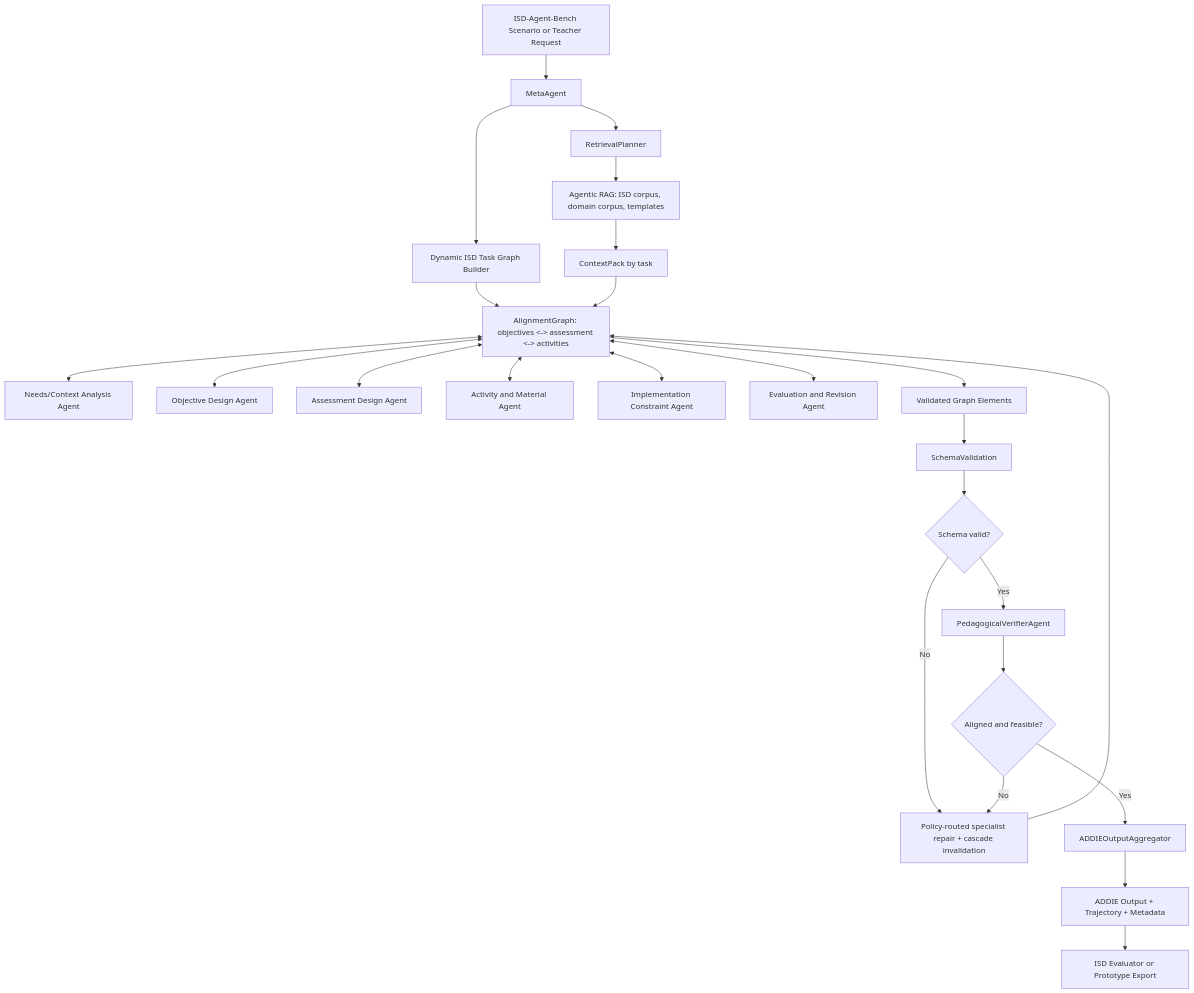
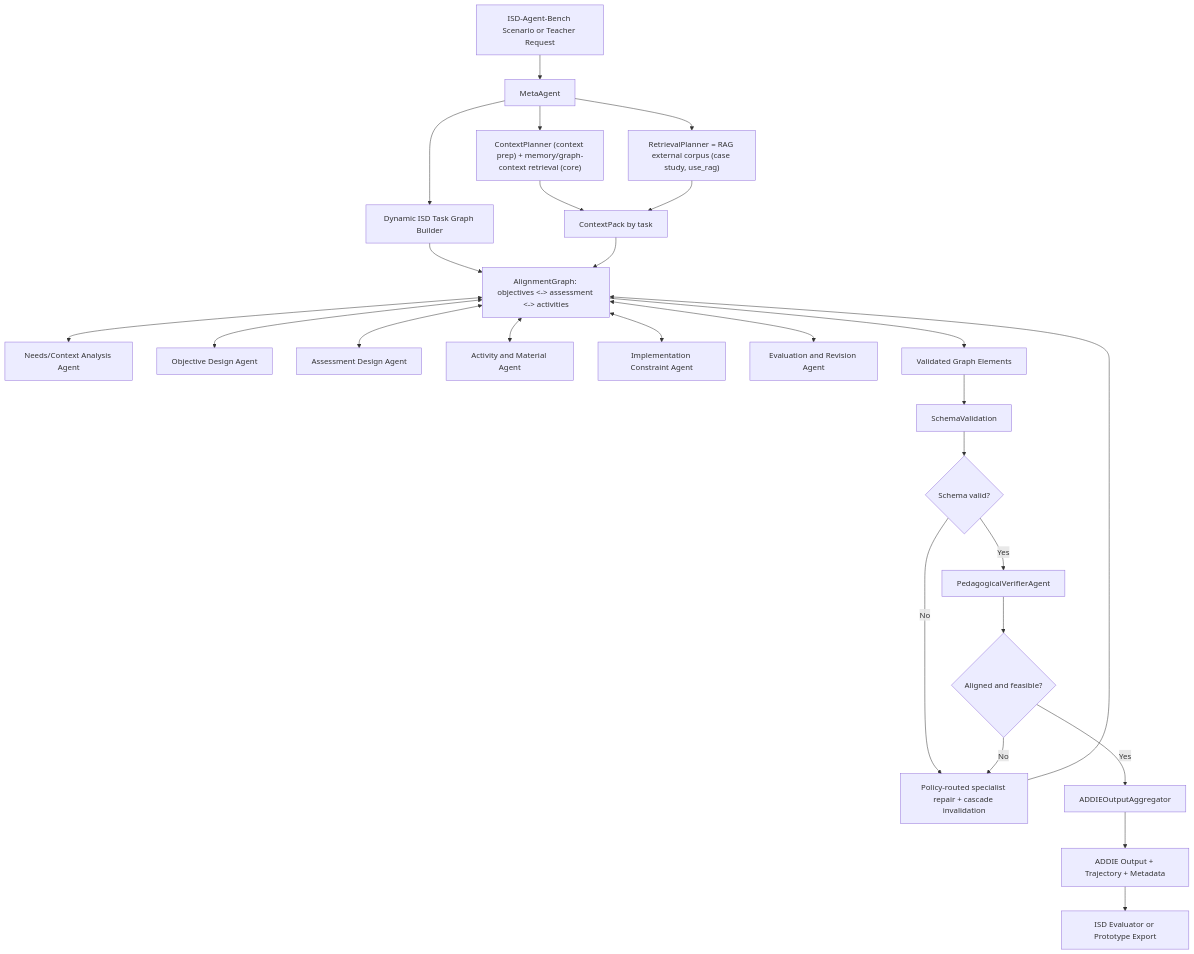
Before and after one commit to phuongbv00/alignmentgraph-isd: the diagram in docs/proposal.md, drawn with Mermaid. The commit also changed other lines of this file and 39 other files, not shown here.

````diff
--- a/docs/proposal.md
+++ b/docs/proposal.md
@@ -92,29 +92,30 @@
 ```mermaid
 flowchart TD
     A["ISD-Agent-Bench Scenario or Teacher Request"] --> B["MetaAgent"]
     B --> C["Dynamic ISD Task Graph Builder"]
-    B --> D["RetrievalPlanner"]
-    D --> E["Agentic RAG: ISD corpus, domain corpus, templates"]
-    E --> F["ContextPack by task"]
+    B --> D["ContextPlanner (context prep) + memory/graph-context retrieval (core)"]
+    B --> D2["RetrievalPlanner = RAG external corpus (case study, use_rag)"]
+    D --> F["ContextPack by task"]
+    D2 --> F
 
     C --> G["AlignmentGraph: objectives <-> assessment <-> activities"]
     F --> G
     G <--> H["Needs/Context Analysis Agent"]
     G <--> I["Objective Design Agent"]
     G <--> J["Assessment Design Agent"]
     G <--> K["Activity and Material Agent"]
     G <--> L["Implementation Constraint Agent"]
     G <--> M["Evaluation and Revision Agent"]
 
     G --> N["Validated Graph Elements"]
     N --> O["SchemaValidation"]
     O --> P{"Schema valid?"}
     P -- "No" --> Q["Policy-routed specialist repair + cascade invalidation"]
     Q --> G
     P -- "Yes" --> R["PedagogicalVerifierAgent"]
     R --> S{"Aligned and feasible?"}
     S -- "No" --> Q
     S -- "Yes" --> T["ADDIEOutputAggregator"]
     T --> U["ADDIE Output + Trajectory + Metadata"]
     U --> V["ISD Evaluator or Prototype Export"]
 ```
````
